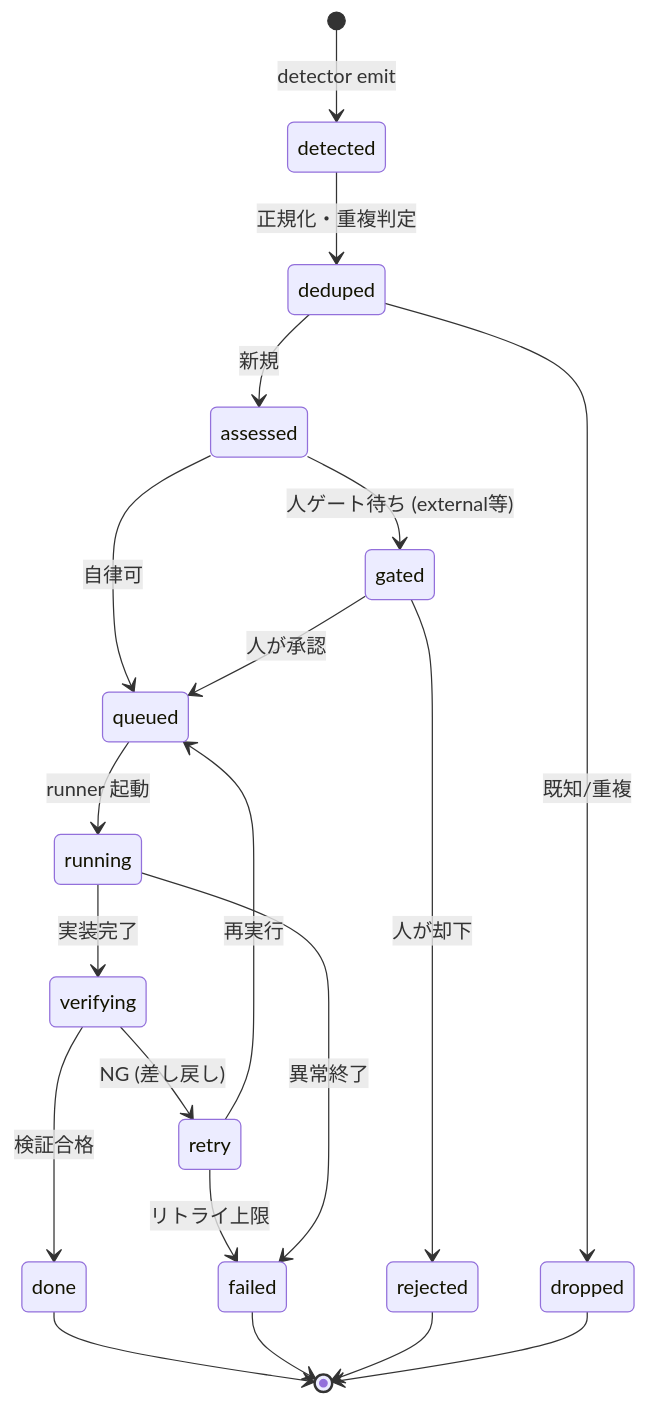
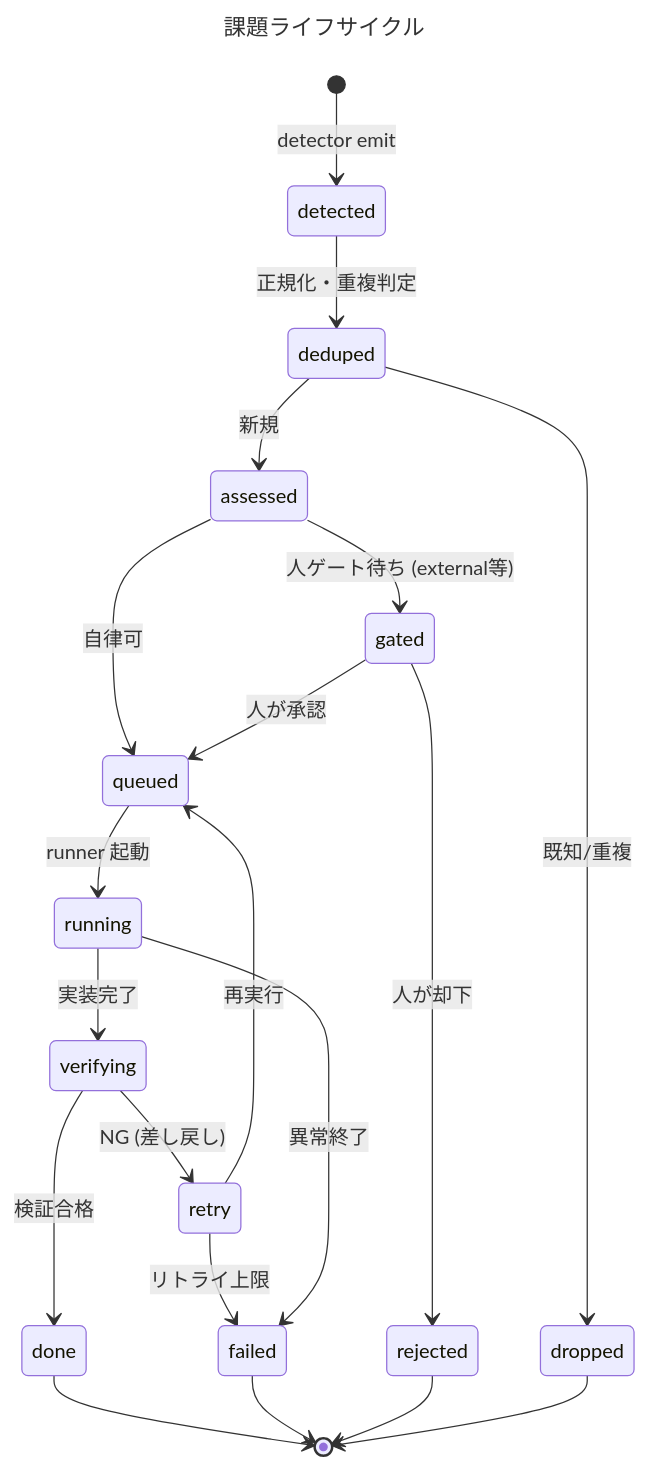
Before and after one commit to yamamoto-ryuzo/kasugai_agent: the first of 10 diagrams in README.md, drawn with Mermaid. The commit also changed other lines of this file and 58 other files, not shown here.

First line of the commit message:
パネル機能拡充（i18n・マニュアル配信・git操作・マルチリポジトリ）と src 責務分割、mermaid 図の正本を diagrams/*.mmd に集約

````diff
--- a/README.md
+++ b/README.md
@@ -46,22 +49,25 @@
 ```mermaid
+---
+title: 課題ライフサイクル
+---
 stateDiagram-v2
     [*] --> detected : detector emit
     detected --> deduped : 正規化・重複判定
     deduped --> dropped : 既知/重複
     deduped --> assessed : 新規
     assessed --> gated : 人ゲート待ち (external等)
     assessed --> queued : 自律可
     gated --> queued : 人が承認
     gated --> rejected : 人が却下
     queued --> running : runner 起動
     running --> verifying : 実装完了
     verifying --> done : 検証合格
     verifying --> retry : NG (差し戻し)
     retry --> queued : 再実行
     retry --> failed : リトライ上限
     running --> failed : 異常終了
     done --> [*]
     failed --> [*]
     rejected --> [*]
     dropped --> [*]
 ```
````
